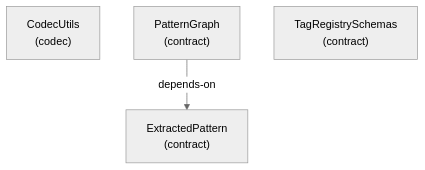
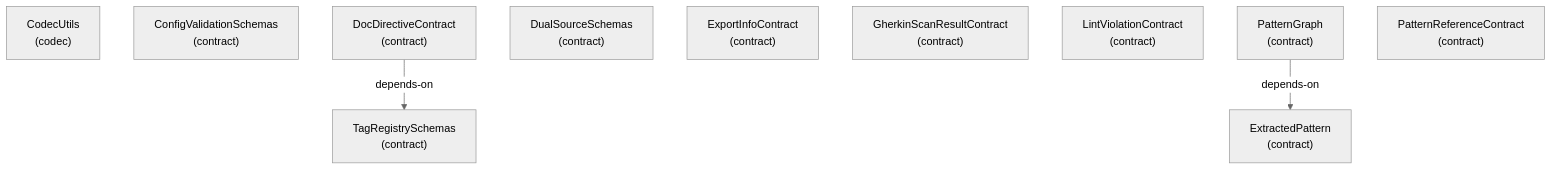
One commit to libar-dev/architect changed diagram 23 of 24 in docs-live/ARCHITECTURE.md. Above: the diagram before and after it, drawn with Mermaid (neutral theme). The commit also changed other lines of this file and 21 other files, not shown here.

First line of the commit message:
docs(live): regenerate docs-live from the reshaped graph

````diff
--- a/docs-live/ARCHITECTURE.md
+++ b/docs-live/ARCHITECTURE.md
@@ -461,8 +585,16 @@
 ```mermaid
 graph TD
   codecutils["CodecUtils<br/>(codec)"]
+  configvalidationschemas["ConfigValidationSchemas<br/>(contract)"]
+  docdirectivecontract["DocDirectiveContract<br/>(contract)"]
+  dualsourceschemas["DualSourceSchemas<br/>(contract)"]
+  exportinfocontract["ExportInfoContract<br/>(contract)"]
   extractedpattern["ExtractedPattern<br/>(contract)"]
+  gherkinscanresultcontract["GherkinScanResultContract<br/>(contract)"]
+  lintviolationcontract["LintViolationContract<br/>(contract)"]
   patterngraph["PatternGraph<br/>(contract)"]
+  patternreferencecontract["PatternReferenceContract<br/>(contract)"]
   tagregistryschemas["TagRegistrySchemas<br/>(contract)"]
+  docdirectivecontract -->|depends-on| tagregistryschemas
   patterngraph -->|depends-on| extractedpattern
 ```
````
